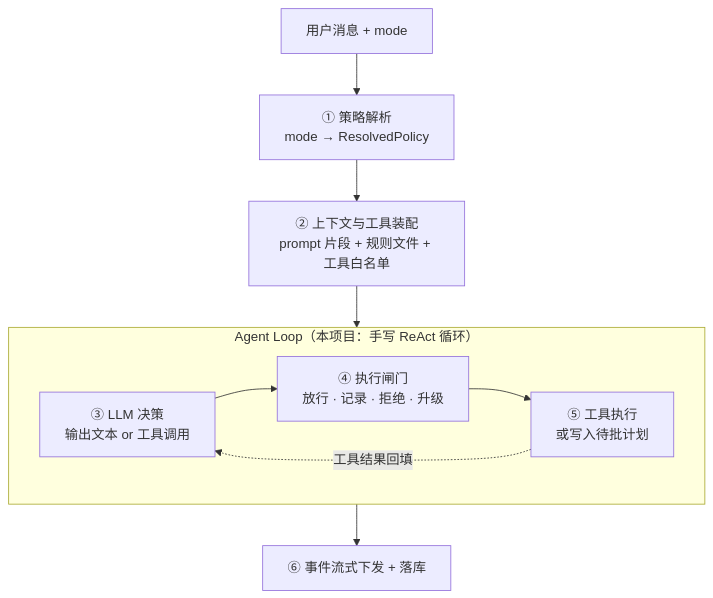
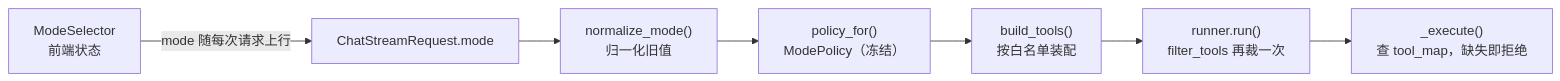
One commit to cmrhyq/TestAgents changed the diagram in doc/design/Mode-System-Design.md. Above: the diagram before and after it, drawn with Mermaid. The commit also changed other lines of this file and 20 other files, not shown here.

````diff
--- a/doc/design/Mode-System-Design.md
+++ b/doc/design/Mode-System-Design.md
@@ -204,14 +38,9 @@
 ```mermaid
-flowchart TB
-    U["用户消息 + mode"] --> S1["① 策略解析<br/>mode → ResolvedPolicy"]
-    S1 --> S2["② 上下文与工具装配<br/>prompt 片段 + 规则文件 + 工具白名单"]
-    S2 --> LOOP
-
-    subgraph LOOP["Agent Loop（本项目：手写 ReAct 循环）"]
-        S3["③ LLM 决策<br/>输出文本 or 工具调用"] --> S4["④ 执行闸门<br/>放行 · 记录 · 拒绝 · 升级"]
-        S4 --> S5["⑤ 工具执行<br/>或写入待批计划"]
-        S5 -.->|工具结果回填| S3
-    end
-
-    LOOP --> S6["⑥ 事件流式下发 + 落库"]
+flowchart LR
+  ui["ModeSelector<br/>前端状态"] -->|"mode 随每次请求上行"| req["ChatStreamRequest.mode"]
+  req --> norm["normalize_mode()<br/>归一化旧值"]
+  norm --> pol["policy_for()<br/>ModePolicy（冻结）"]
+  pol --> tools["build_tools()<br/>按白名单装配"]
+  tools --> run["runner.run()<br/>filter_tools 再裁一次"]
+  run --> gate["_execute()<br/>查 tool_map，缺失即拒绝"]
 ```
````
